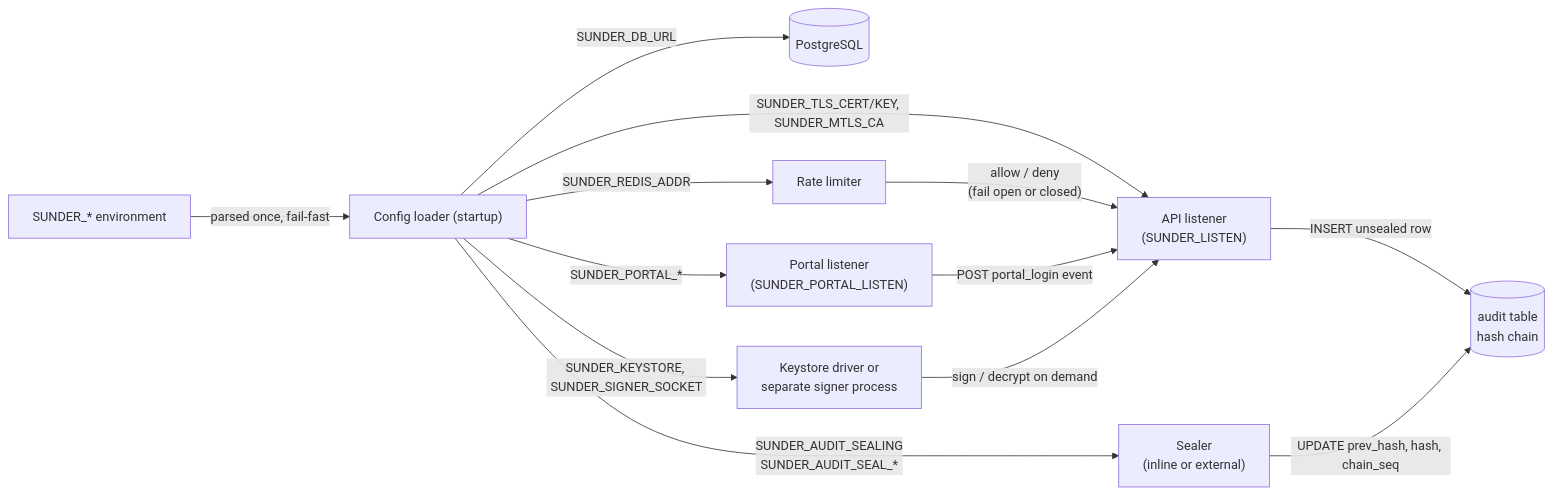
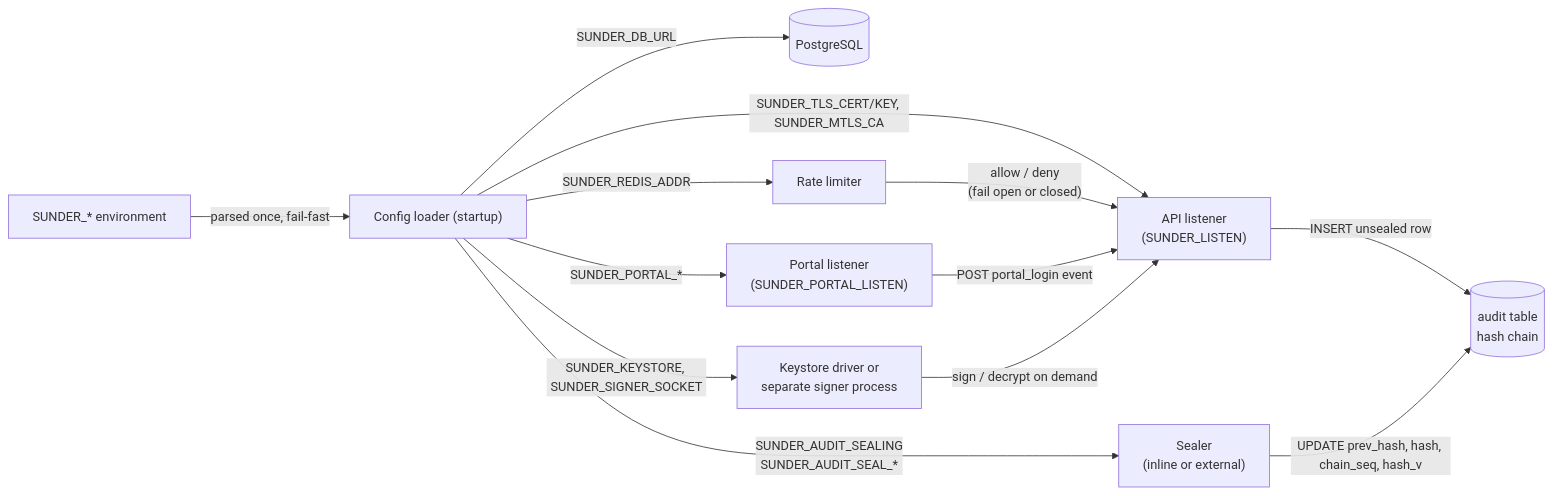
The diagram in docs-site/docs/install/configuration.md (fvisic/sunder), drawn with Mermaid before and after one commit. The commit also changed other lines of this file and 144 other files, not shown here.

````diff
--- a/docs-site/docs/install/configuration.md
+++ b/docs-site/docs/install/configuration.md
@@ -9,15 +9,15 @@
 ```mermaid
 flowchart LR
     ENV["SUNDER_* environment"] -->|"parsed once, fail-fast"| LOADER["Config loader (startup)"]
     LOADER -->|SUNDER_DB_URL| DB[(PostgreSQL)]
     LOADER -->|"SUNDER_KEYSTORE, SUNDER_SIGNER_SOCKET"| KEY["Keystore driver or\nseparate signer process"]
     LOADER -->|"SUNDER_TLS_CERT/KEY, SUNDER_MTLS_CA"| API["API listener\n(SUNDER_LISTEN)"]
     LOADER -->|SUNDER_REDIS_ADDR| RL["Rate limiter"]
     LOADER -->|"SUNDER_AUDIT_SEALING\nSUNDER_AUDIT_SEAL_*"| SEALER["Sealer\n(inline or external)"]
     LOADER -->|SUNDER_PORTAL_*| PORTAL["Portal listener\n(SUNDER_PORTAL_LISTEN)"]
     API -->|"INSERT unsealed row"| AUDIT[(audit table\nhash chain)]
-    SEALER -->|"UPDATE prev_hash, hash, chain_seq"| AUDIT
+    SEALER -->|"UPDATE prev_hash, hash, chain_seq, hash_v"| AUDIT
     RL -->|"allow / deny\n(fail open or closed)"| API
     PORTAL -->|"POST portal_login event"| API
     KEY -->|"sign / decrypt on demand"| API
 ```
````
